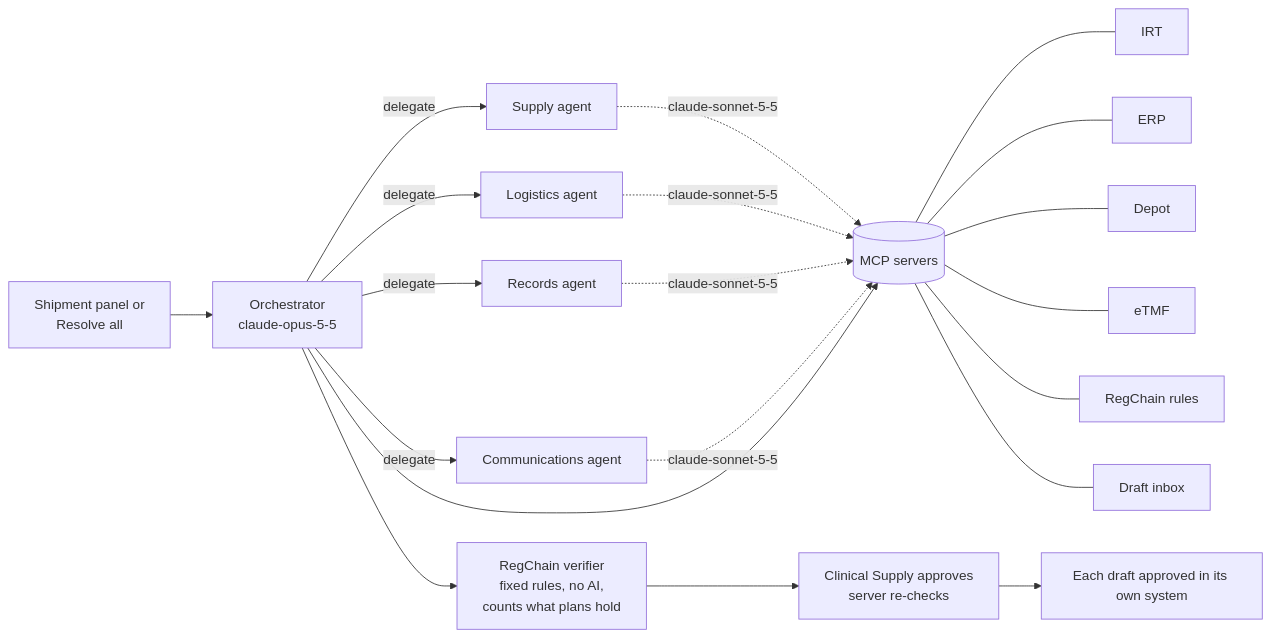
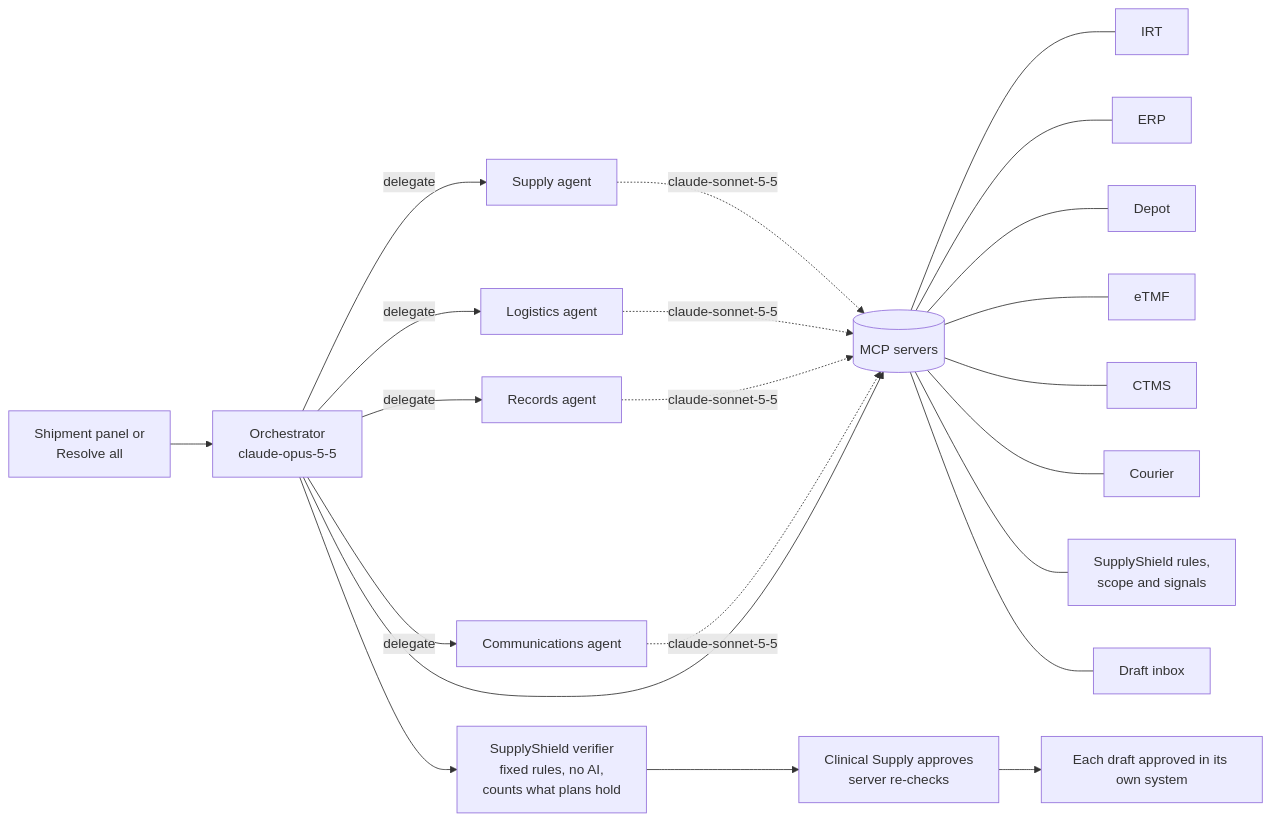
Before and after one commit to Gpanaritis/ClinRadar: the diagram in RegChain-AI-Agents.md, drawn with Mermaid. The commit also changed other lines of this file and 35 other files, not shown here.

````diff
--- a/RegChain-AI-Agents.md
+++ b/RegChain-AI-Agents.md
@@ -54,14 +55,14 @@
 ```mermaid
 flowchart LR
   P[Shipment panel or<br/>Resolve all] --> O[Orchestrator<br/>claude-opus-5-5]
   O -->|delegate| S[Supply agent]
   O -->|delegate| L[Logistics agent]
   O -->|delegate| R[Records agent]
   O -->|delegate| C[Communications agent]
   S & L & R & C -.->|claude-sonnet-5-5| M
   O --> M[(MCP servers)]
-  M --- IRT & ERP & Depot & eTMF & Specs[RegChain rules] & Drafts[Draft inbox]
-  O --> V[RegChain verifier<br/>fixed rules, no AI,<br/>counts what plans hold]
+  M --- IRT & ERP & Depot & eTMF & CTMS & Courier & Specs[SupplyShield rules,<br/>scope and signals] & Drafts[Draft inbox]
+  O --> V[SupplyShield verifier<br/>fixed rules, no AI,<br/>counts what plans hold]
   V --> H[Clinical Supply approves<br/>server re-checks]
   H --> D[Each draft approved in its own system]
 ```
````
